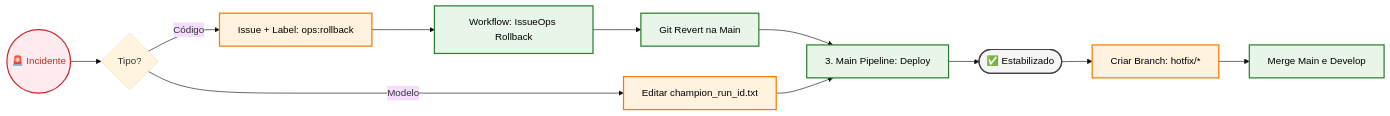
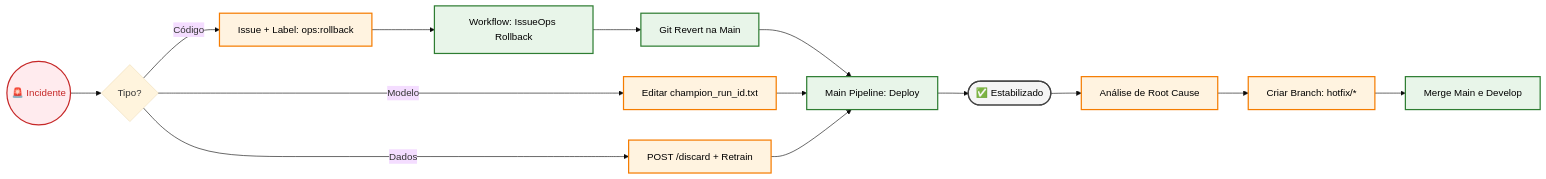
The fourth of 4 diagrams in README.md (Fiap-Pos-tech-5MLET/fase-5), drawn with Mermaid (base theme) before and after one commit. The commit also changed other lines of this file, not shown here.

````diff
--- a/README.md
+++ b/README.md
@@ -678,20 +950,24 @@
 ```mermaid
 flowchart LR
     classDef incident fill:#ffebee,stroke:#c62828,stroke-width:2px,color:#c62828;
     classDef action fill:#fff3e0,stroke:#f57c00,stroke-width:2px,color:#000;
     classDef automation fill:#e8f5e9,stroke:#2e7d32,stroke-width:2px,color:#000;
     classDef final fill:#f5f5f5,stroke:#424242,stroke-width:2px,color:#000;
 
     Start((🚨 Incidente)):::incident --> Type{Tipo?}
     Type -- "Código" --> Code[Issue + Label: ops:rollback]:::action
     Code --> IssueOps[Workflow: IssueOps Rollback]:::automation
     IssueOps --> Revert[Git Revert na Main]:::automation
 
     Type -- "Modelo" --> Model[Editar champion_run_id.txt]:::action
 
+    Type -- "Dados" --> Data[POST /discard + Retrain]:::action
+
     Revert --> MainPipeline
-    Model --> MainPipeline[3. Main Pipeline: Deploy]:::automation
+    Model --> MainPipeline[Main Pipeline: Deploy]:::automation
+    Data --> MainPipeline
     MainPipeline --> Success([✅ Estabilizado]):::final
-    Success --> Hotfix[Criar Branch: hotfix/*]:::action
-    Hotfix --> PR[Merge Main e Develop]:::automation
+    Success --> RootCause[Análise de Root Cause]:::action
+    RootCause --> Hotfix[Criar Branch: hotfix/*]:::action
+    Hotfix --> PRFIX[Merge Main e Develop]:::automation
 ```
````
